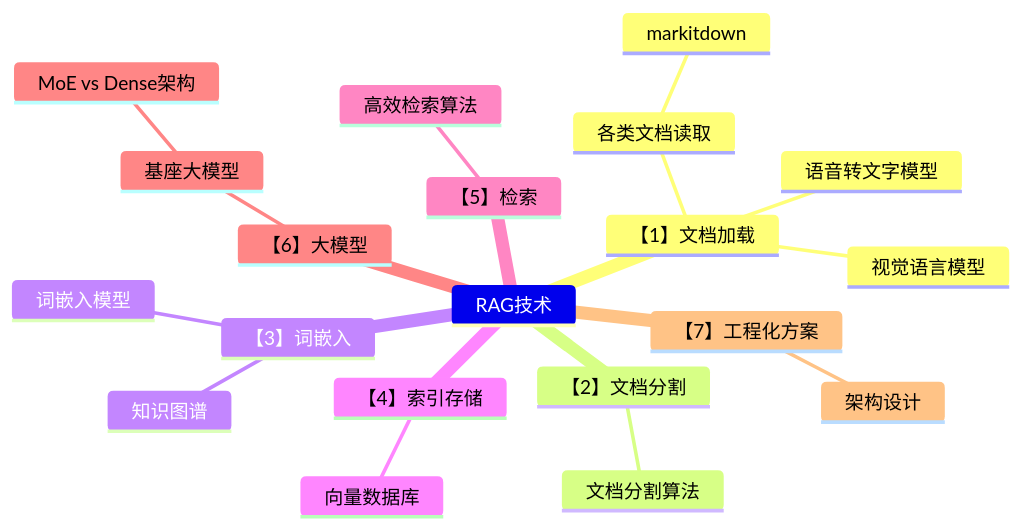
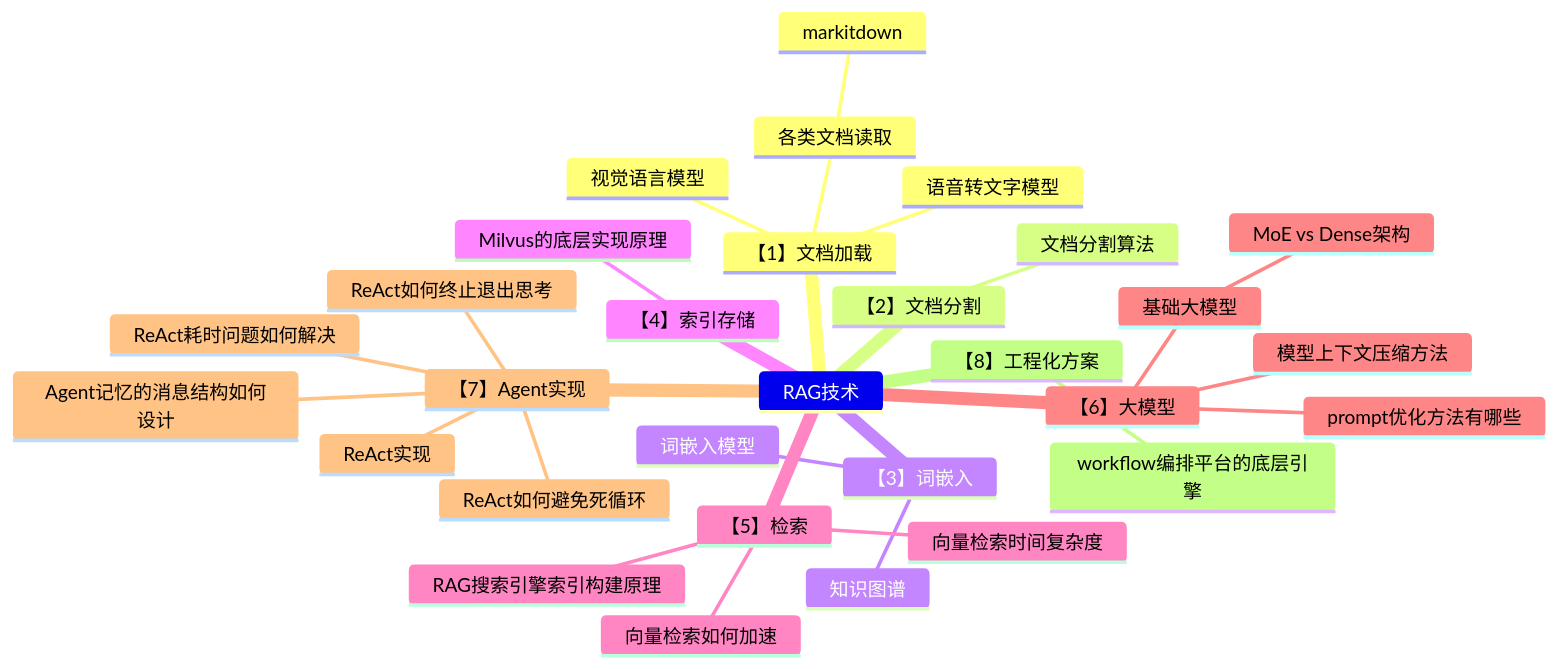
Before and after one commit to wallace-lai/rag-dev: the diagram in README.md, drawn with Mermaid.

````diff
--- a/README.md
+++ b/README.md
@@ -9,23 +9,33 @@
 ```mermaid
 mindmap
 RAG技术
     【1】文档加载
         各类文档读取
             markitdown
         语音转文字模型
         视觉语言模型
     【2】文档分割
         文档分割算法
     【3】词嵌入
         词嵌入模型
         知识图谱
     【4】索引存储
-        向量数据库
+        Milvus的底层实现原理
     【5】检索
-        高效检索算法
+        RAG搜索引擎索引构建原理
+        向量检索时间复杂度
+        向量检索如何加速
     【6】大模型
-        基座大模型
+        基础大模型
             MoE vs Dense架构
-    【7】工程化方案
-        架构设计
+        模型上下文压缩方法
+        prompt优化方法有哪些
+    【7】Agent实现
+        ReAct实现
+        ReAct耗时问题如何解决
+        ReAct如何避免死循环
+        ReAct如何终止退出思考
+        Agent记忆的消息结构如何设计
+    【8】工程化方案
+        workflow编排平台的底层引擎
 ```
````
